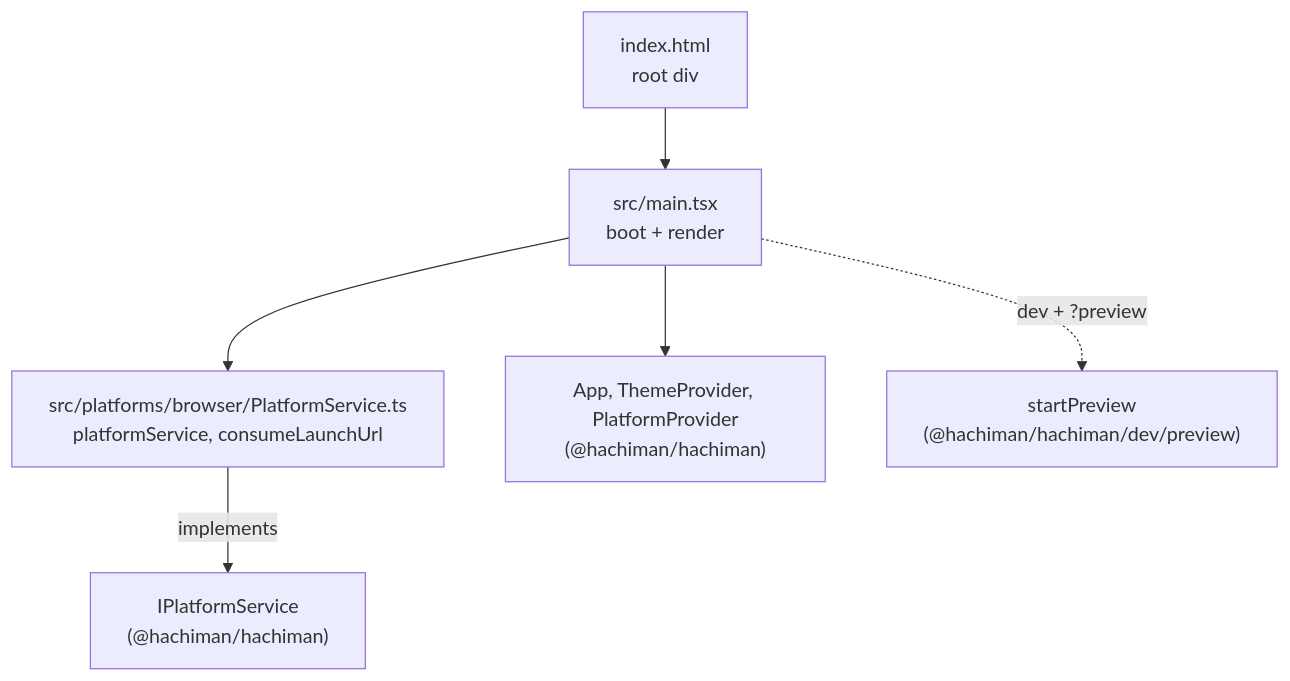
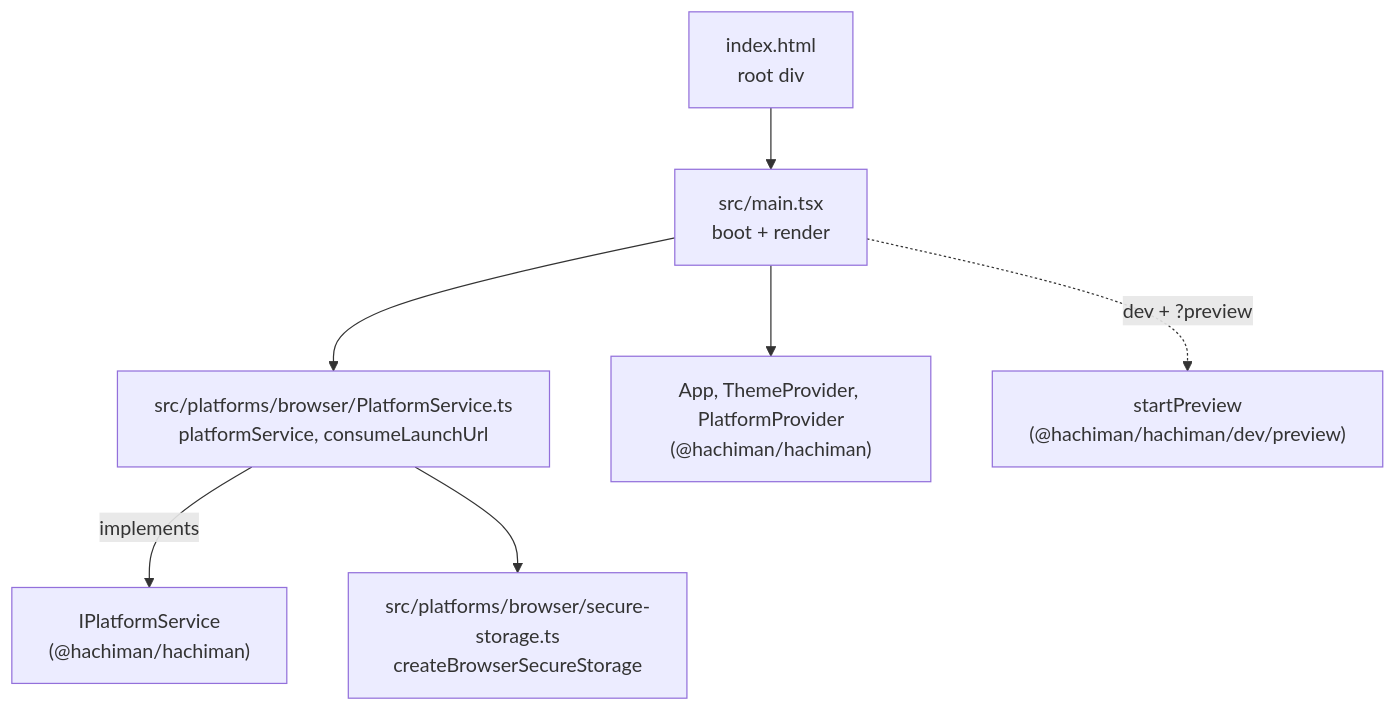
One commit to dan-hummelstad/hachiman changed the second of 3 diagrams in apps/hachiman-browser/README.md. Above: the diagram before and after it, drawn with Mermaid. The commit also changed other lines of this file and 339 other files, not shown here.

````diff
--- a/apps/hachiman-browser/README.md
+++ b/apps/hachiman-browser/README.md
@@ -32,15 +33,17 @@
 ```mermaid
 flowchart TD
   HTML["index.html<br/>root div"]
   MAIN["src/main.tsx<br/>boot + render"]
   PS["src/platforms/browser/PlatformService.ts<br/>platformService, consumeLaunchUrl"]
+  KS["src/platforms/browser/secure-storage.ts<br/>createBrowserSecureStorage"]
   IPS["IPlatformService<br/>(@hachiman/hachiman)"]
   APP["App, ThemeProvider, PlatformProvider<br/>(@hachiman/hachiman)"]
   PRE["startPreview<br/>(@hachiman/hachiman/dev/preview)"]
 
   HTML --> MAIN
   MAIN --> PS
   PS -- "implements" --> IPS
+  PS --> KS
   MAIN --> APP
   MAIN -.->|"dev + ?preview"| PRE
 ```
````
